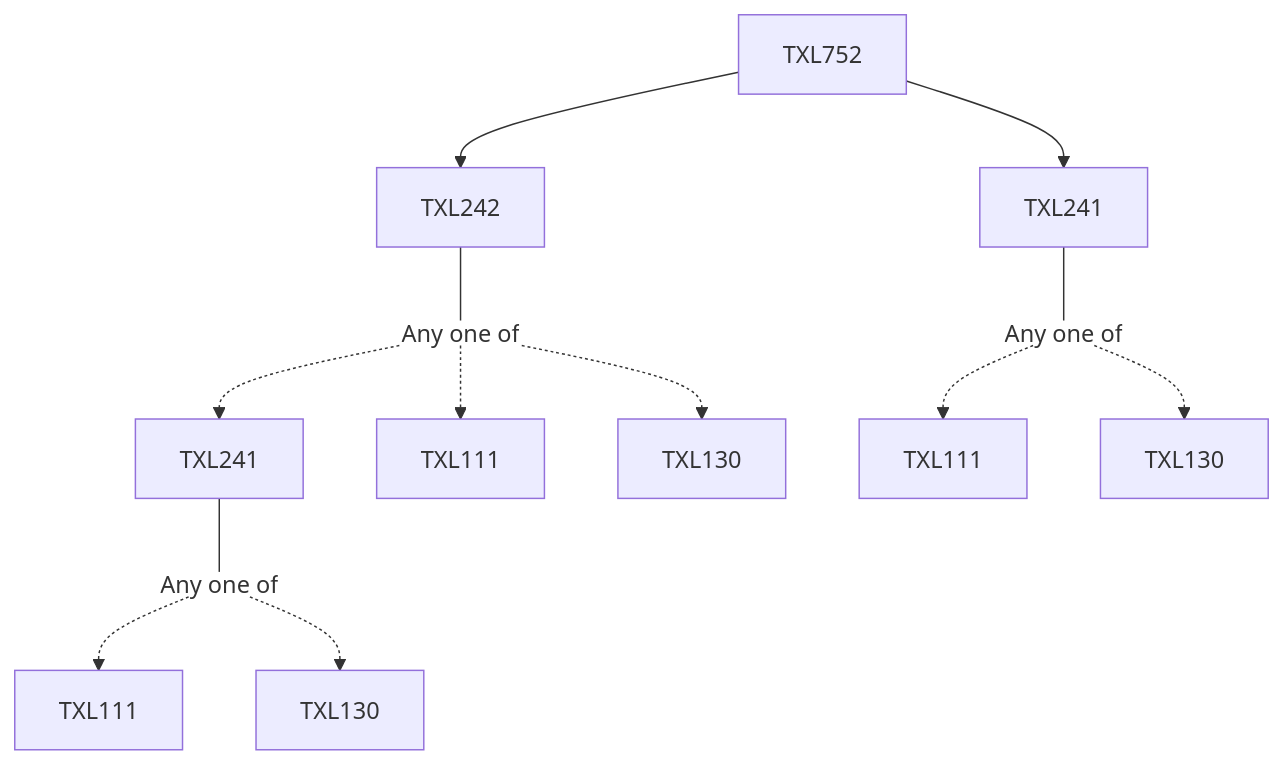
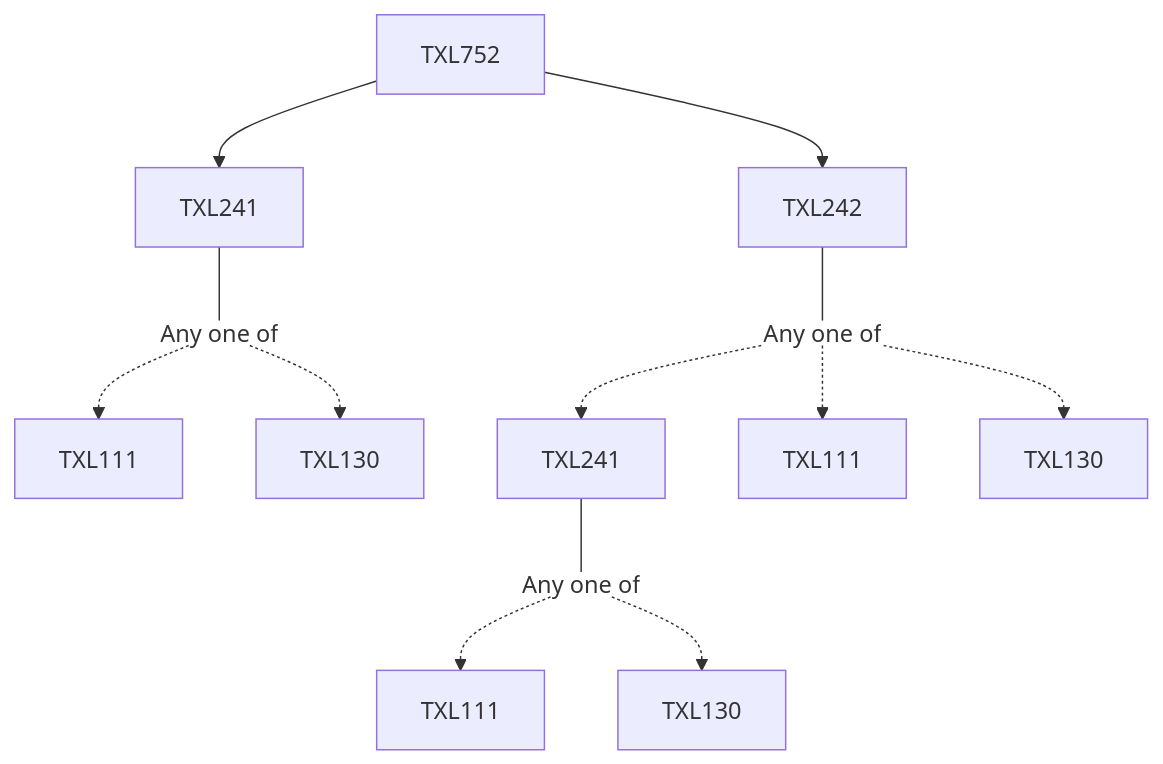
Before and after one commit to KeshavBansal0122/CoS_Website: the diagram in content/Textile and Fibre Engineering/TXL752.md, drawn with Mermaid. The commit also changed other lines of this file and 2662 other files, not shown here.

````diff
--- a/content/Textile and Fibre Engineering/TXL752.md
+++ b/content/Textile and Fibre Engineering/TXL752.md
@@ -13,19 +13,19 @@
 ```mermaid
 flowchart TD
 TXL752-831[TXL752]
-TXL752-831 --> TXL241-831[TXL241]
+TXL241-831 --- Or832[Any one of]:::empty
+Or832 -.-> TXL111-833[TXL111]
+Or832 -.-> TXL130-834[TXL130]
 TXL242-831 --- Or835[Any one of]:::empty
 Or835 -.-> TXL241-836[TXL241]
 TXL241-836 --- Or837[Any one of]:::empty
 Or837 -.-> TXL111-838[TXL111]
 Or837 -.-> TXL130-839[TXL130]
 Or835 -.-> TXL111-840[TXL111]
 Or835 -.-> TXL130-841[TXL130]
+TXL752-831 --> TXL241-831[TXL241]
 TXL752-831 --> TXL242-831[TXL242]
-TXL241-831 --- Or832[Any one of]:::empty
-Or832 -.-> TXL111-833[TXL111]
-Or832 -.-> TXL130-834[TXL130]
 
 classDef empty height:17px, fill:transparent, stroke:transparent;
 classDef trueEmpty height:0px, width:0px;
 ```
````
